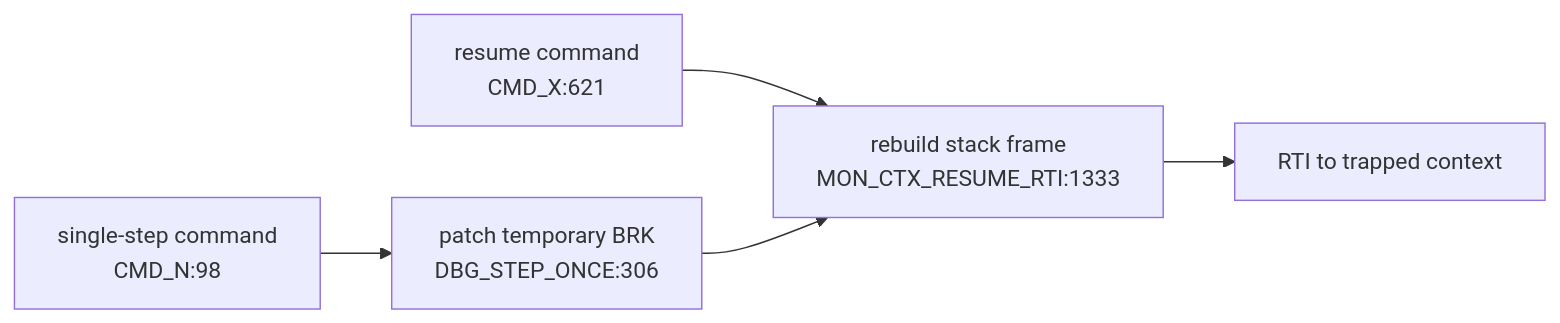
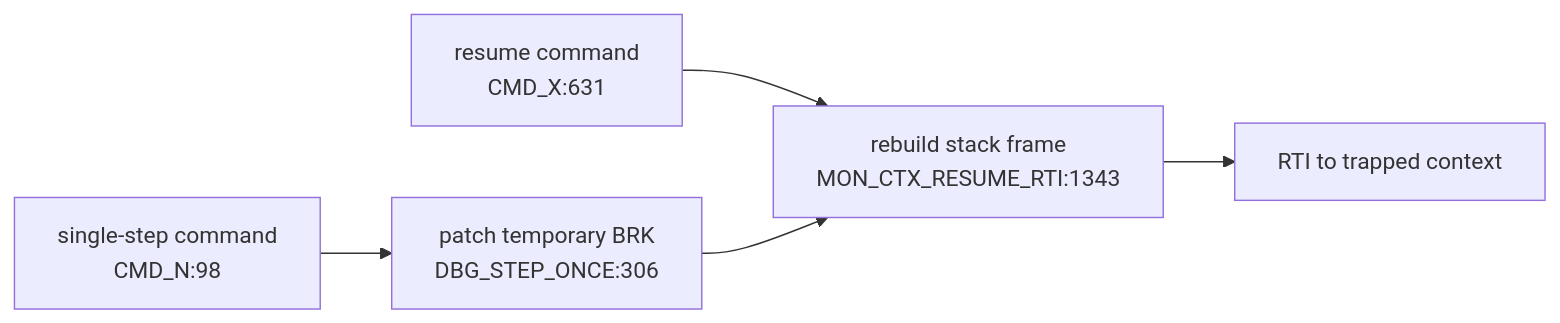
Before and after one commit to 95westus/R-YORS: the sixth of 6 diagrams in DOC/GENERATED/INTERRUPT_VECTOR_MAP.md, drawn with Mermaid. The commit also changed other lines of this file and 45 other files, not shown here.

````diff
--- a/DOC/GENERATED/INTERRUPT_VECTOR_MAP.md
+++ b/DOC/GENERATED/INTERRUPT_VECTOR_MAP.md
@@ -92,7 +92,7 @@
 ```mermaid
 flowchart LR
-    CMDX["resume command<br/>CMD_X:621"] --> RESUME["rebuild stack frame<br/>MON_CTX_RESUME_RTI:1333"]
+    CMDX["resume command<br/>CMD_X:631"] --> RESUME["rebuild stack frame<br/>MON_CTX_RESUME_RTI:1343"]
     CMDN["single-step command<br/>CMD_N:98"] --> STEP["patch temporary BRK<br/>DBG_STEP_ONCE:306"]
     STEP --> RESUME
     RESUME --> RTIRES["RTI to trapped context"]
 ```
````
